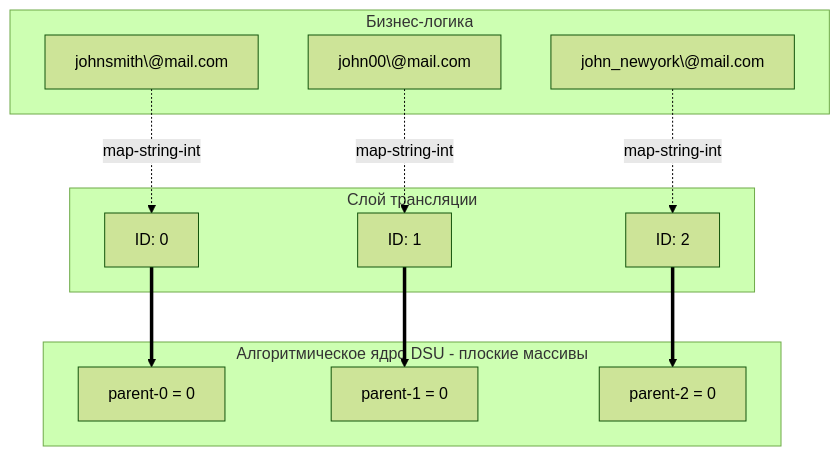
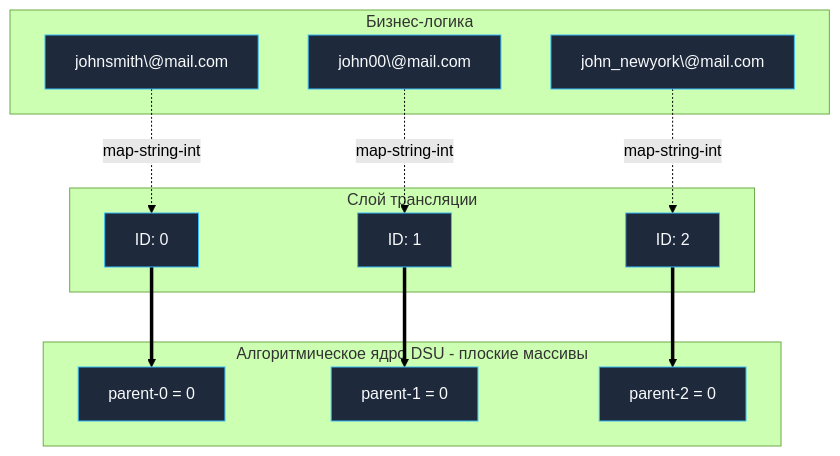
The diagram in sources/21. Задачи с LeetCode и собеседований на Go/02. Задачи/15. Union Find/5. Accounts Merge.md (UnrealTemplier/go-textbook), drawn with Mermaid (forest theme) before and after one commit. The commit also changed 1666 other files, not shown here.

First line of the commit message:
feat(mermaid): add semantic color classDef to 1369 colorless flowchart/graph diagrams

````diff
--- a/sources/21. Задачи с LeetCode и собеседований на Go/02. Задачи/15. Union Find/5. Accounts Merge.md
+++ b/sources/21. Задачи с LeetCode и собеседований на Go/02. Задачи/15. Union Find/5. Accounts Merge.md
@@ -37,28 +37,38 @@
 ```mermaid
 graph TD
+    classDef process  fill:#1e293b,stroke:#38bdf8,stroke-width:1px,color:#f8fafc
+    classDef success  fill:#064e3b,stroke:#34d399,stroke-width:1px,color:#f8fafc
+    classDef error    fill:#7f1d1d,stroke:#f87171,stroke-width:1px,color:#f8fafc
+    classDef warning  fill:#78350f,stroke:#fbbf24,stroke-width:1px,color:#f8fafc
+    classDef entry    fill:#1e3a5f,stroke:#38bdf8,stroke-width:2px,color:#f8fafc
+    classDef aux      fill:#334155,stroke:#64748b,stroke-width:1px,color:#f8fafc
+    classDef system   fill:#312e81,stroke:#a78bfa,stroke-width:1px,color:#f8fafc
+    classDef data     fill:#132d29,stroke:#2dd4bf,stroke-width:1px,color:#f8fafc
+    classDef network  fill:#881337,stroke:#fb7185,stroke-width:1px,color:#f8fafc
+    classDef accent   fill:#1e1b4b,stroke:#818cf8,stroke-width:1px,color:#f8fafc
     subgraph "Бизнес-логика"
-        A["johnsmith\@mail.com"]
-        B["john00\@mail.com"]
-        C["john_newyork\@mail.com"]
+        A["johnsmith\@mail.com"]:::process
+        B["john00\@mail.com"]:::process
+        C["john_newyork\@mail.com"]:::process
     end
     
     subgraph "Слой трансляции"
-        D["ID: 0"]
-        E["ID: 1"]
-        F["ID: 2"]
+        D["ID: 0"]:::process
+        E["ID: 1"]:::process
+        F["ID: 2"]:::process
     end
     
     subgraph "Алгоритмическое ядро DSU - плоские массивы"
-        G["parent-0 = 0"]
-        H["parent-1 = 0"]
-        I["parent-2 = 0"]
+        G["parent-0 = 0"]:::process
+        H["parent-1 = 0"]:::process
+        I["parent-2 = 0"]:::process
     end
 
     A -.->|"map-string-int"| D
     B -.->|"map-string-int"| E
     C -.->|"map-string-int"| F
     
     D ==> G
     E ==> H
     F ==> I
 ```
````
